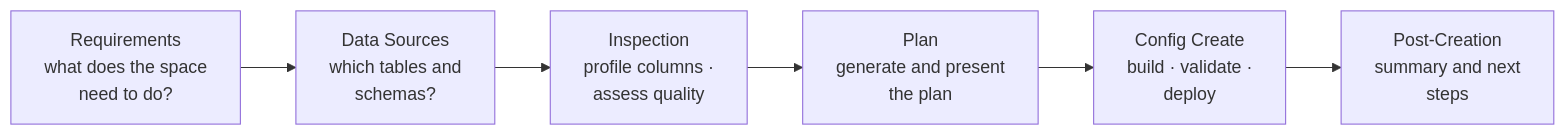
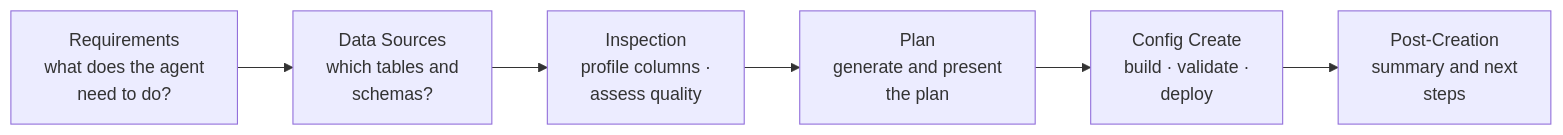
The diagram in docs/docs/features/create-agent.md (databricks-solutions/databricks-genie-workbench), drawn with Mermaid before and after one commit. The commit also changed other lines of this file and 12 other files, not shown here.

````diff
--- a/docs/docs/features/create-agent.md
+++ b/docs/docs/features/create-agent.md
@@ -14,8 +14,8 @@
 ```mermaid
 flowchart LR
-    req["Requirements<br/>what does the space<br/>need to do?"] --> ds["Data Sources<br/>which tables and<br/>schemas?"]
+    req["Requirements<br/>what does the agent<br/>need to do?"] --> ds["Data Sources<br/>which tables and<br/>schemas?"]
     ds --> insp["Inspection<br/>profile columns ·<br/>assess quality"]
     insp --> plan["Plan<br/>generate and present<br/>the plan"]
     plan --> cfg["Config Create<br/>build · validate ·<br/>deploy"]
     cfg --> post["Post-Creation<br/>summary and next<br/>steps"]
 ```
````
